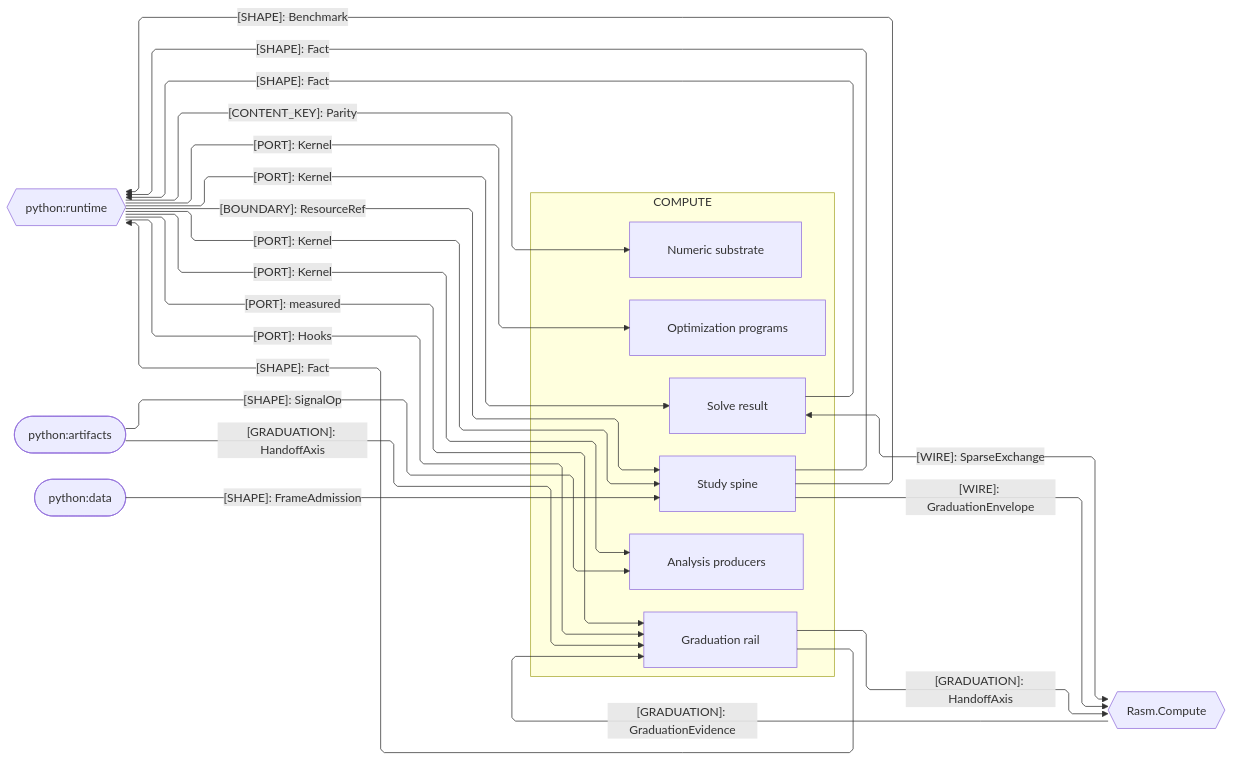
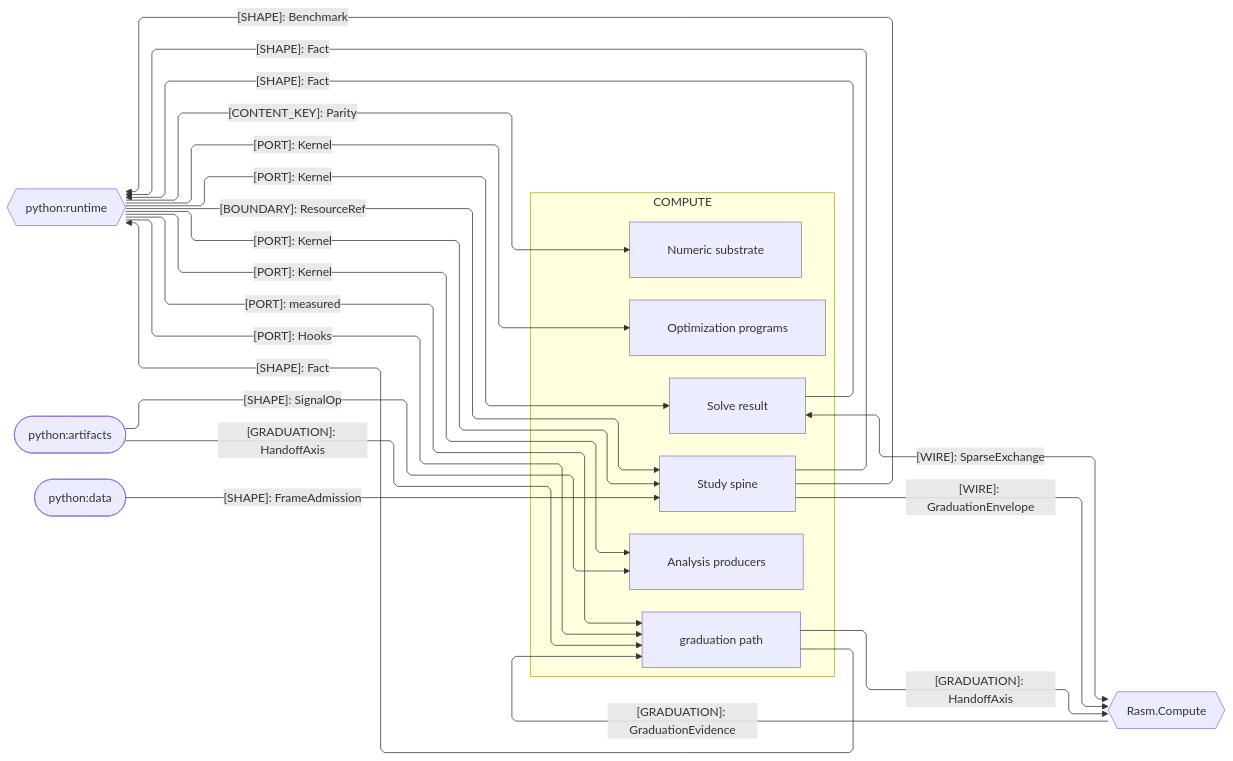
One commit to bsamiee/Rasm changed the second of 3 diagrams in libs/python/compute/ARCHITECTURE.md. Above: the diagram before and after it, drawn with Mermaid. The commit also changed other lines of this file and 1997 other files, not shown here.

First line of the commit message:
docs: rename rail to result and seam to boundary across the corpus

````diff
--- a/libs/python/compute/ARCHITECTURE.md
+++ b/libs/python/compute/ARCHITECTURE.md
@@ -97,43 +97,43 @@
 ```mermaid
 ---
 config:
   layout: elk
   flowchart:
     curve: linear
     padding: 25
 ---
 flowchart LR
-    accTitle: Compute package seam registry
+    accTitle: Compute package interface registry
     accDescr: Compute sub-domain owners exchanging graduation evidence, content keys, and the Kernel port with peers.
     subgraph compute[COMPUTE]
-        Graduation[Graduation rail]
+        Graduation[graduation path]
         Solvers[Solve result]
         Numerics[Numeric substrate]
         Experiments[Study spine]
         Analysis[Analysis producers]
         Optimization[Optimization programs]
     end
     Compute{{Rasm.Compute}}
     Runtime{{python:runtime}}
     Artifacts([python:artifacts])
     Data([python:data])
     Graduation e1@-->|"[GRADUATION]: HandoffAxis"| Compute
     Compute e2@-->|"[GRADUATION]: GraduationEvidence"| Graduation
     Experiments e3@-->|"[WIRE]: GraduationEnvelope"| Compute
     Solvers e4@<-->|"[WIRE]: SparseExchange"| Compute
     Artifacts e6@-->|"[GRADUATION]: HandoffAxis"| Graduation
     Artifacts e7@-->|"[SHAPE]: SignalOp"| Analysis
     Runtime e8@-->|"[CONTENT_KEY]: Parity"| Numerics
     Runtime e9@-->|"[BOUNDARY]: ResourceRef"| Experiments
     Data e10@-->|"[SHAPE]: FrameAdmission"| Experiments
     Experiments e11@-->|"[SHAPE]: Benchmark"| Runtime
     Graduation e12@-->|"[SHAPE]: Fact"| Runtime
     Experiments e13@-->|"[SHAPE]: Fact"| Runtime
     Solvers e14@-->|"[SHAPE]: Fact"| Runtime
     Runtime e15@-->|"[PORT]: Kernel"| Solvers
     Runtime e16@-->|"[PORT]: measured"| Graduation
     Runtime e17@-->|"[PORT]: Hooks"| Graduation
     Runtime e18@-->|"[PORT]: Kernel"| Experiments
     Runtime e19@-->|"[PORT]: Kernel"| Analysis
     Runtime e20@-->|"[PORT]: Kernel"| Optimization
 ```
````
